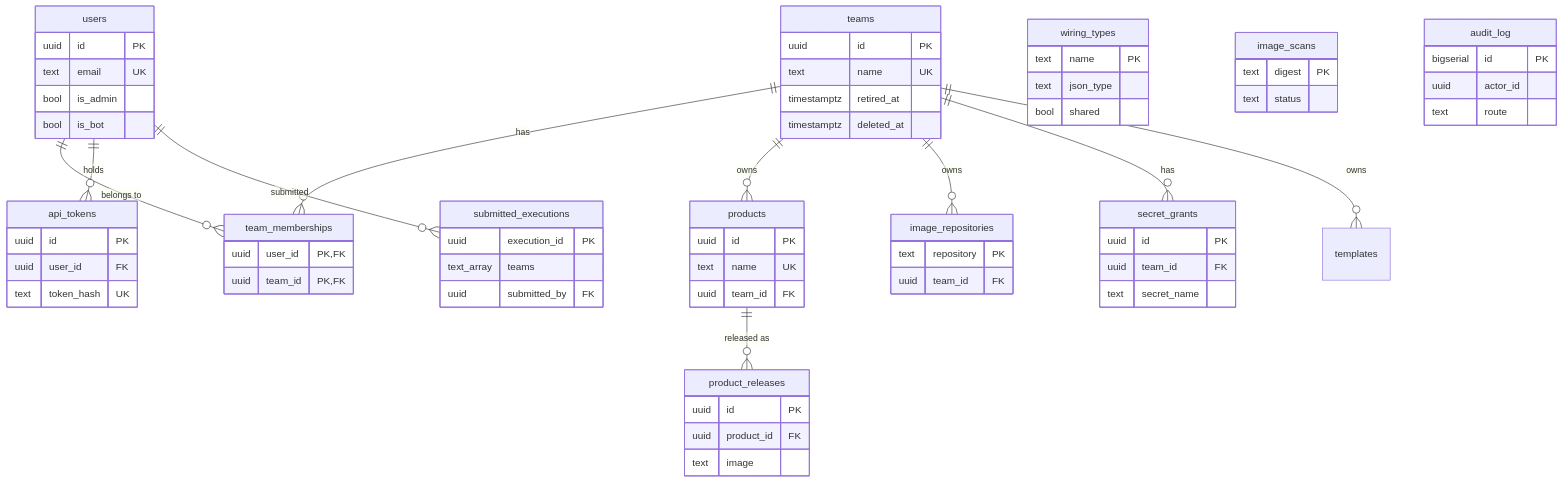
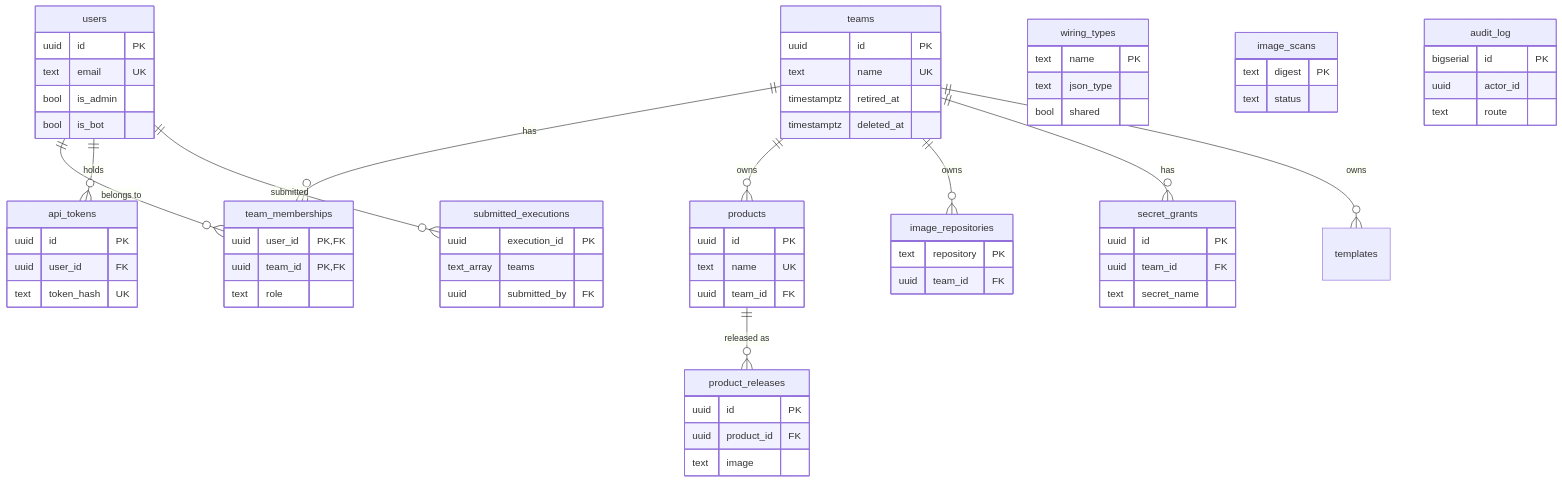
One commit to rburns629/vertra changed the third of 3 diagrams in console/docs/06-database-schemas.md. Above: the diagram before and after it, drawn with Mermaid. The commit also changed other lines of this file and 44 other files, not shown here.

````diff
--- a/console/docs/06-database-schemas.md
+++ b/console/docs/06-database-schemas.md
@@ -176,71 +176,72 @@
 ```mermaid
 erDiagram
   users ||--o{ team_memberships : "belongs to"
   teams ||--o{ team_memberships : "has"
   users ||--o{ api_tokens : "holds"
   teams ||--o{ products : "owns"
   wiring_types {
     text name PK
     text json_type
     bool shared
   }
   products ||--o{ product_releases : "released as"
   teams ||--o{ image_repositories : "owns"
   teams ||--o{ secret_grants : "has"
   teams ||--o{ templates : "owns"
   users ||--o{ submitted_executions : "submitted"
   teams {
     uuid id PK
     text name UK
     timestamptz retired_at
     timestamptz deleted_at
   }
   users {
     uuid id PK
     text email UK
     bool is_admin
     bool is_bot
   }
   team_memberships {
     uuid user_id PK,FK
     uuid team_id PK,FK
+    text role
   }
   api_tokens {
     uuid id PK
     uuid user_id FK
     text token_hash UK
   }
   products {
     uuid id PK
     text name UK
     uuid team_id FK
   }
   product_releases {
     uuid id PK
     uuid product_id FK
     text image
   }
   image_repositories {
     text repository PK
     uuid team_id FK
   }
   image_scans {
     text digest PK
     text status
   }
   audit_log {
     bigserial id PK
     uuid actor_id
     text route
   }
   secret_grants {
     uuid id PK
     uuid team_id FK
     text secret_name
   }
   submitted_executions {
     uuid execution_id PK
     text_array teams
     uuid submitted_by FK
   }
 ```
````
